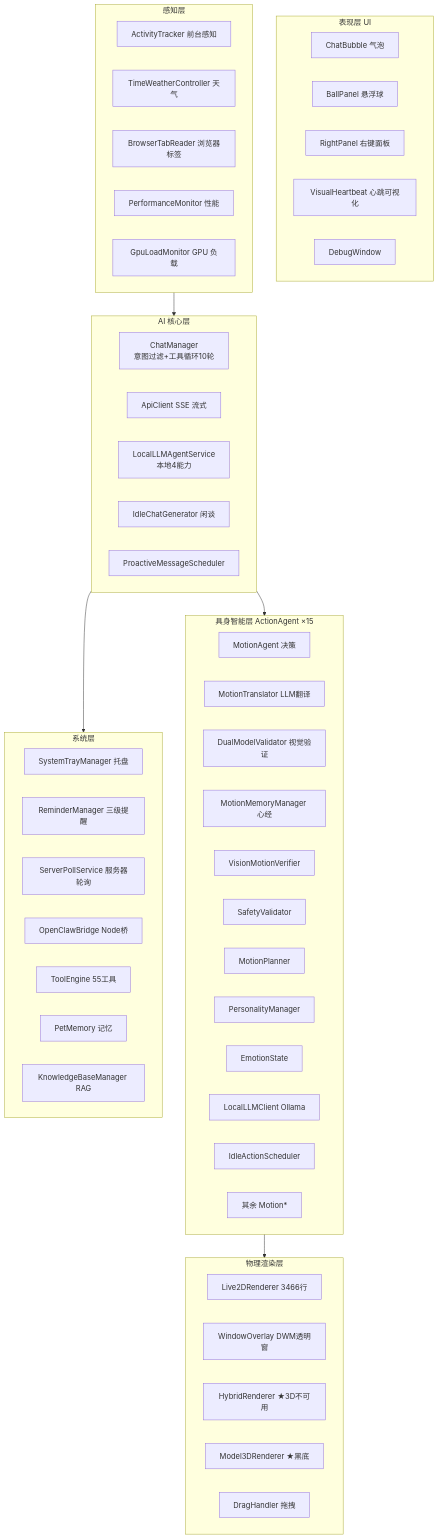
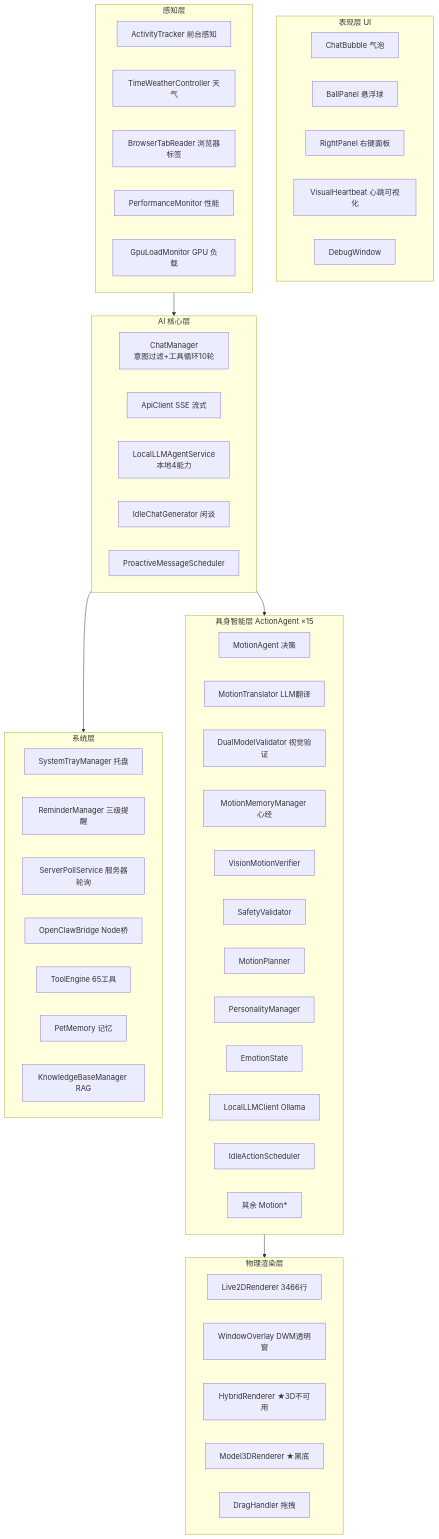
One commit to xuan-852/FuXuan_deskpet changed the diagram in docs/code-truth-architecture.md. Above: the diagram before and after it, drawn with Mermaid. The commit also changed other lines of this file and 4 other files, not shown here.

Commit message:
docs: 同步 code-truth-architecture 等至 2026-08-12 真相（65 工具//task 端点/新持久化）

````diff
--- a/docs/code-truth-architecture.md
+++ b/docs/code-truth-architecture.md
@@ -49,64 +49,64 @@
 ```mermaid
 flowchart TB
     subgraph UI[表现层 UI]
         A1[ChatBubble 气泡]
         A2[BallPanel 悬浮球]
         A3[RightPanel 右键面板]
         A4[VisualHeartbeat 心跳可视化]
         A5[DebugWindow]
     end
 
     subgraph AI[AI 核心层]
         B1[ChatManager<br/>意图过滤+工具循环10轮]
         B2[ApiClient SSE 流式]
         B3[LocalLLMAgentService<br/>本地4能力]
         B4[IdleChatGenerator 闲谈]
         B5[ProactiveMessageScheduler]
     end
 
     subgraph PER[感知层]
         C1[ActivityTracker 前台感知]
         C2[TimeWeatherController 天气]
         C3[BrowserTabReader 浏览器标签]
         C4[PerformanceMonitor 性能]
         C5[GpuLoadMonitor GPU 负载]
     end
 
     subgraph EMB[具身智能层 ActionAgent ×15]
         D1[MotionAgent 决策]
         D2[MotionTranslator LLM翻译]
         D3[DualModelValidator 视觉验证]
         D4[MotionMemoryManager 心经]
         D5[VisionMotionVerifier]
         D6[SafetyValidator]
         D7[MotionPlanner]
         D8[PersonalityManager]
         D9[EmotionState]
         D10[LocalLLMClient Ollama]
         D11[IdleActionScheduler]
         D12[其余 Motion*]
     end
 
     subgraph PHYS[物理渲染层]
         E1[Live2DRenderer 3466行]
         E2[WindowOverlay DWM透明窗]
         E3[HybridRenderer ★3D不可用]
         E4[Model3DRenderer ★黑底]
         E5[DragHandler 拖拽]
     end
 
     subgraph SYS[系统层]
         F1[SystemTrayManager 托盘]
         F2[ReminderManager 三级提醒]
         F3[ServerPollService 服务器轮询]
         F4[OpenClawBridge Node桥]
-        F5[ToolEngine 55工具]
+        F5[ToolEngine 65工具]
         F6[PetMemory 记忆]
         F7[KnowledgeBaseManager RAG]
     end
 
     AI --> EMB
     PER --> AI
     EMB --> PHYS
     AI --> SYS
 ```
````
